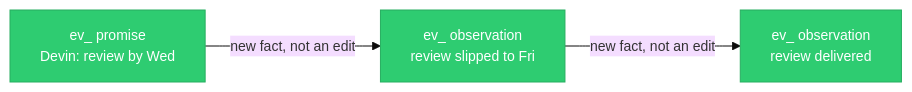
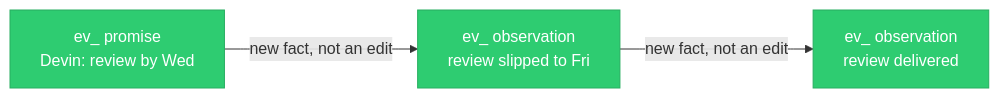
One commit to alex-oleshkevich/dailydrift changed the second of 3 diagrams in specs/evidence.md. Above: the diagram before and after it, drawn with Mermaid. The commit also changed other lines of this file and 44 other files, not shown here.

````diff
--- a/specs/evidence.md
+++ b/specs/evidence.md
@@ -130,12 +144,11 @@
 ```mermaid
-%%{init: {'theme': 'base', 'themeVariables': {'fontSize': '14px'}}}%%
 flowchart LR
     classDef fact fill:#2ECC71,stroke:#27AE60,color:#fff
 
-    P1["ev_ promise\nDevin: review by Wed"]:::fact
-    P2["ev_ observation\nreview slipped to Fri"]:::fact
-    P3["ev_ observation\nreview delivered"]:::fact
+    P1["ev_ promise<br/>Devin: review by Wed"]:::fact
+    P2["ev_ observation<br/>review slipped to Fri"]:::fact
+    P3["ev_ observation<br/>review delivered"]:::fact
 
     P1 -->|"new fact, not an edit"| P2
     P2 -->|"new fact, not an edit"| P3
 ```
````
